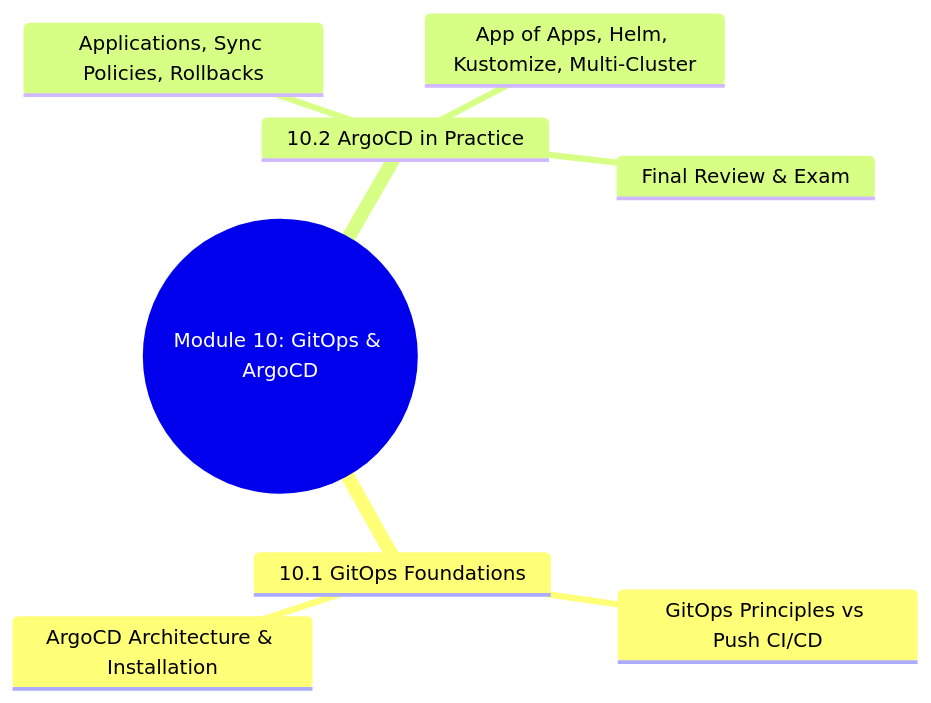
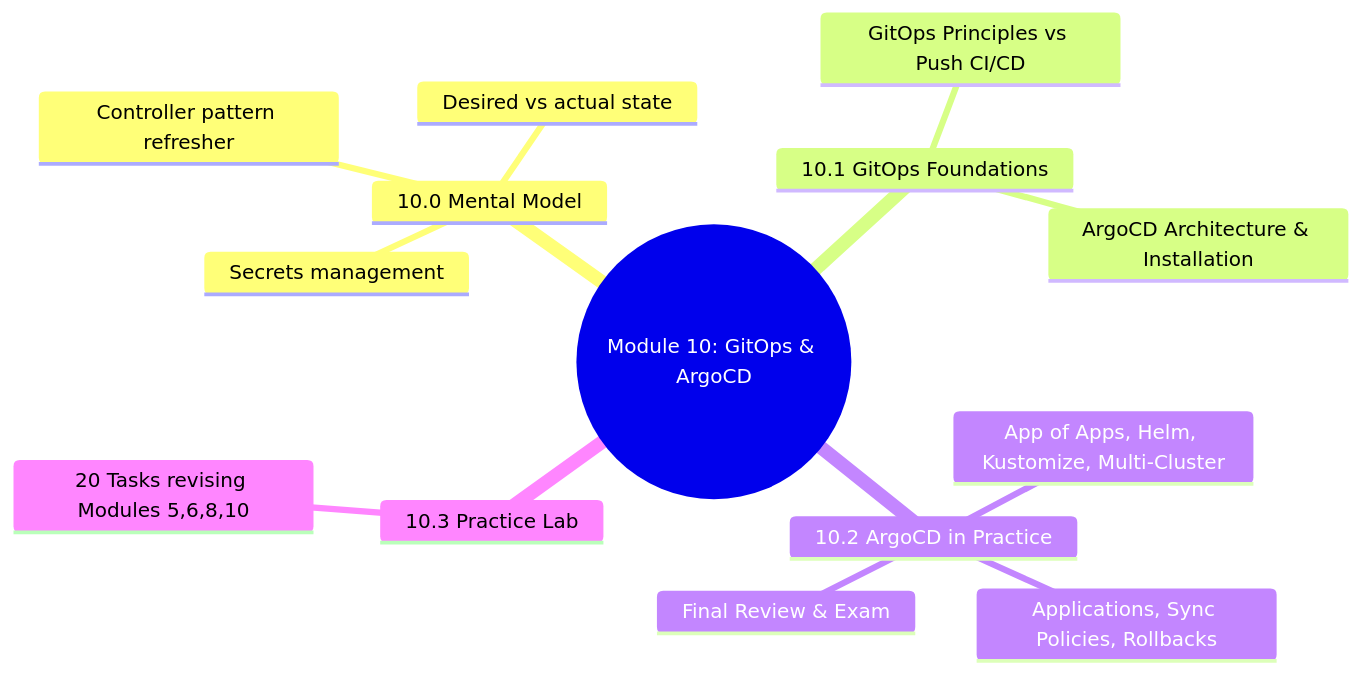
One commit to VidhyadharanSS/PlatformEngineeringNotes changed the first of 3 diagrams in 10-GitOps-ArgoCD/Module_10_Approach_Guide.md. Above: the diagram before and after it, drawn with Mermaid. The commit also changed other lines of this file and 45 other files, not shown here.

````diff
--- a/10-GitOps-ArgoCD/Module_10_Approach_Guide.md
+++ b/10-GitOps-ArgoCD/Module_10_Approach_Guide.md
@@ -5,11 +5,17 @@
 ```mermaid
 mindmap
   root((Module 10: GitOps & ArgoCD))
+    10.0 Mental Model
+      Controller pattern refresher
+      Desired vs actual state
+      Secrets management
     10.1 GitOps Foundations
       GitOps Principles vs Push CI/CD
       ArgoCD Architecture & Installation
     10.2 ArgoCD in Practice
       Applications, Sync Policies, Rollbacks
       App of Apps, Helm, Kustomize, Multi-Cluster
       Final Review & Exam
+    10.3 Practice Lab
+      20 Tasks revising Modules 5,6,8,10
 ```
````
